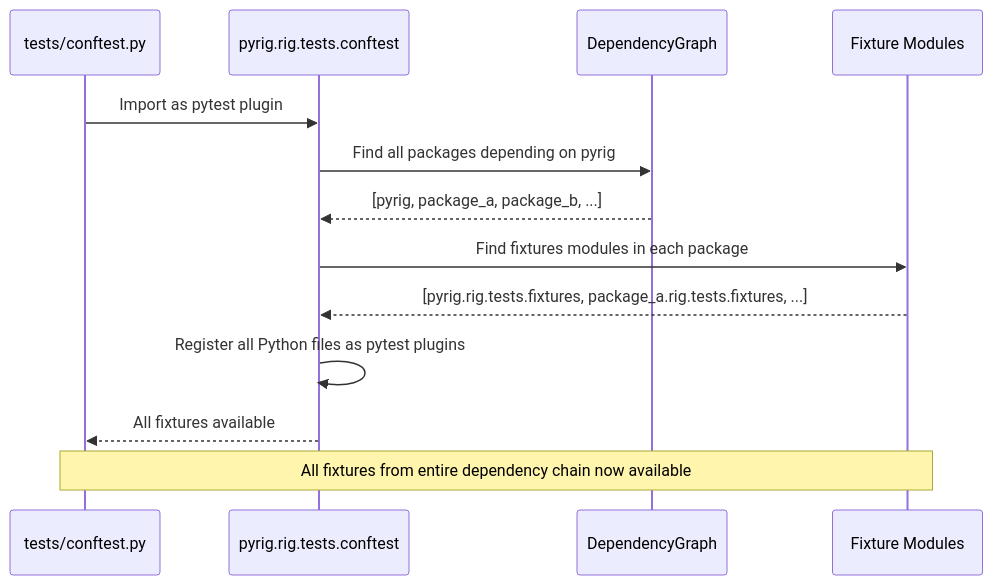
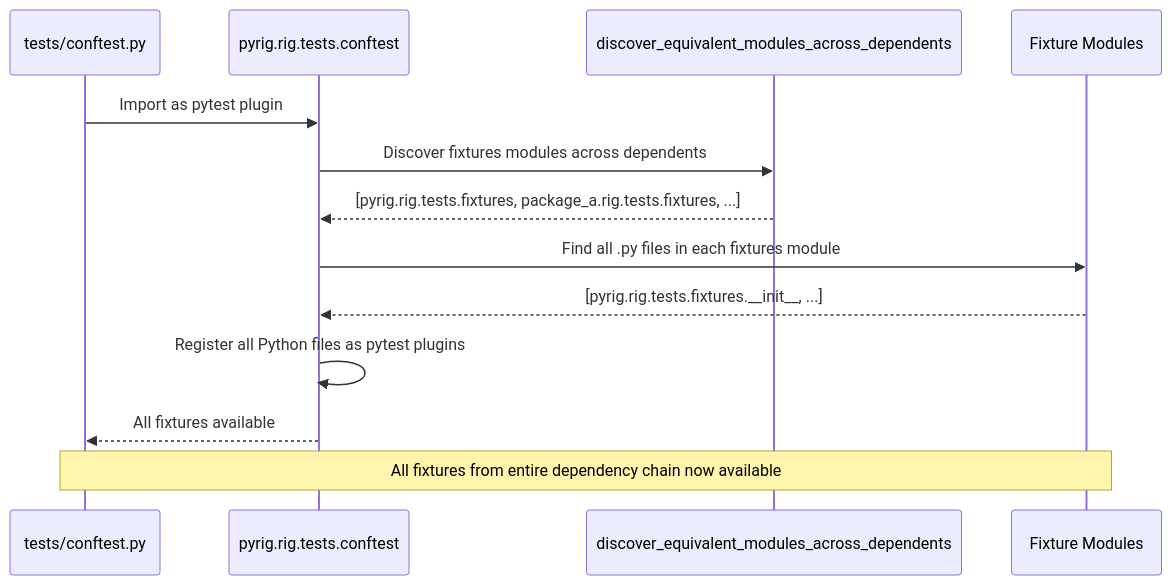
One commit to Winipedia/pyrig changed the second of 3 diagrams in docs/tests/fixtures.md. Above: the diagram before and after it, drawn with Mermaid. The commit also changed other lines of this file and 48 other files, not shown here.

````diff
--- a/docs/tests/fixtures.md
+++ b/docs/tests/fixtures.md
@@ -34,17 +34,17 @@
 ```mermaid
 sequenceDiagram
     participant T as tests/conftest.py
     participant P as pyrig.rig.tests.conftest
-    participant D as DependencyGraph
+    participant D as discover_equivalent_modules_across_dependents
     participant F as Fixture Modules
 
     T->>P: Import as pytest plugin
-    P->>D: Find all packages depending on pyrig
-    D-->>P: [pyrig, package_a, package_b, ...]
-    P->>F: Find fixtures modules in each package
-    F-->>P: [pyrig.rig.tests.fixtures, package_a.rig.tests.fixtures, ...]
+    P->>D: Discover fixtures modules across dependents
+    D-->>P: [pyrig.rig.tests.fixtures, package_a.rig.tests.fixtures, ...]
+    P->>F: Find all .py files in each fixtures module
+    F-->>P: [pyrig.rig.tests.fixtures.__init__, ...]
     P->>P: Register all Python files as pytest plugins
     P-->>T: All fixtures available
 
     Note over T,F: All fixtures from entire dependency chain now available
 ```
````
